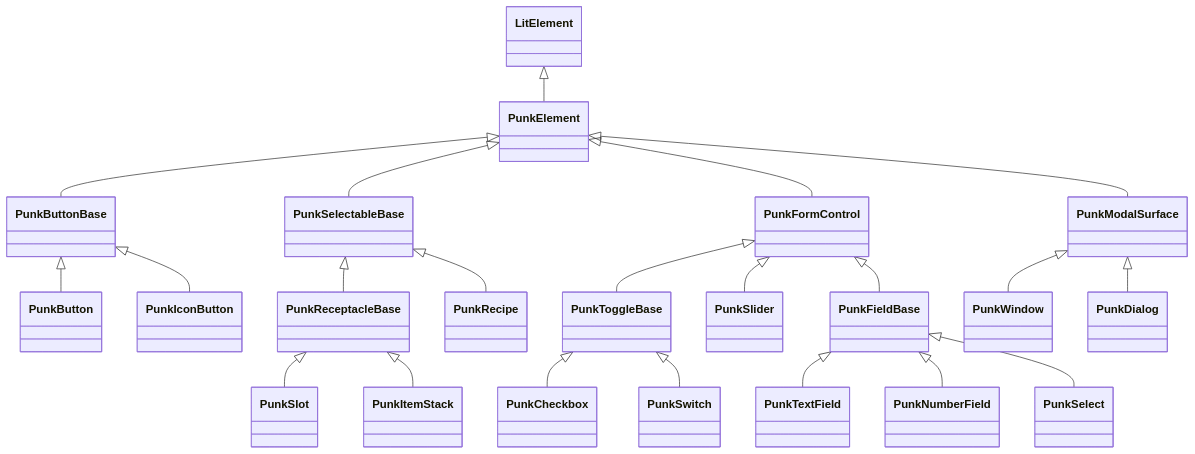
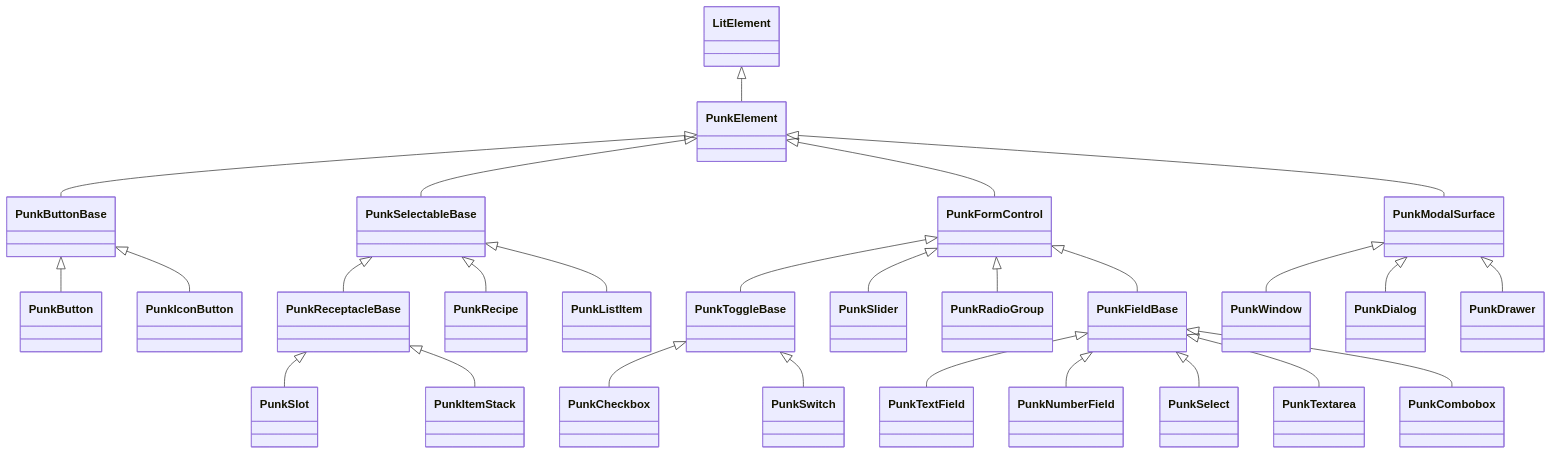
The diagram in specs/component-model.md (abraham/dieselpunk), drawn with Mermaid before and after one commit. The commit also changed other lines of this file and 616 other files, not shown here.

````diff
--- a/specs/component-model.md
+++ b/specs/component-model.md
@@ -35,24 +35,29 @@
 ```mermaid
 classDiagram
   LitElement <|-- PunkElement
   PunkElement <|-- PunkButtonBase
   PunkButtonBase <|-- PunkButton
   PunkButtonBase <|-- PunkIconButton
   PunkElement <|-- PunkSelectableBase
   PunkSelectableBase <|-- PunkReceptacleBase
   PunkReceptacleBase <|-- PunkSlot
   PunkReceptacleBase <|-- PunkItemStack
   PunkSelectableBase <|-- PunkRecipe
+  PunkSelectableBase <|-- PunkListItem
   PunkElement <|-- PunkFormControl
   PunkFormControl <|-- PunkToggleBase
   PunkToggleBase <|-- PunkCheckbox
   PunkToggleBase <|-- PunkSwitch
   PunkFormControl <|-- PunkSlider
+  PunkFormControl <|-- PunkRadioGroup
   PunkFormControl <|-- PunkFieldBase
   PunkFieldBase <|-- PunkTextField
   PunkFieldBase <|-- PunkNumberField
   PunkFieldBase <|-- PunkSelect
+  PunkFieldBase <|-- PunkTextarea
+  PunkFieldBase <|-- PunkCombobox
   PunkElement <|-- PunkModalSurface
   PunkModalSurface <|-- PunkWindow
   PunkModalSurface <|-- PunkDialog
+  PunkModalSurface <|-- PunkDrawer
 ```
````
